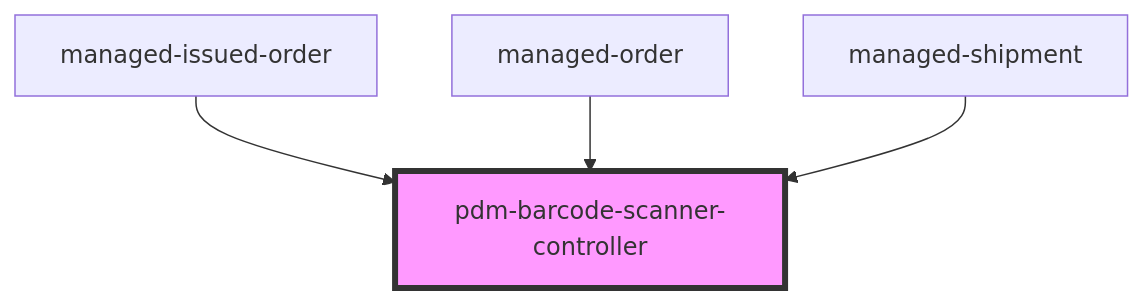
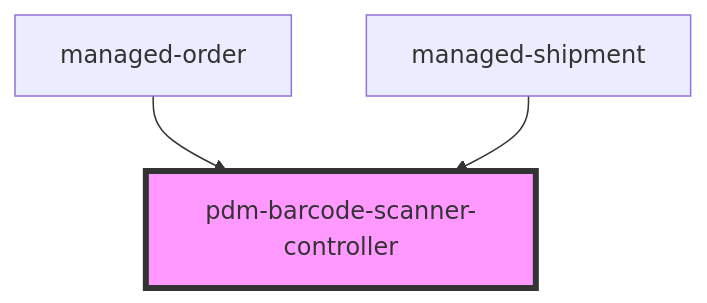
Before and after one commit to PharmaLedger-IMI/fgt-workspace: the diagram in pdm-web-components/src/components/pdm-barcode-scanner-controller/readme.md, drawn with Mermaid. The commit also changed other lines of this file and 23 other files, not shown here.

````diff
--- a/pdm-web-components/src/components/pdm-barcode-scanner-controller/readme.md
+++ b/pdm-web-components/src/components/pdm-barcode-scanner-controller/readme.md
@@ -68,7 +67,6 @@
 ```mermaid
 graph TD;
-  managed-issued-order --> pdm-barcode-scanner-controller
   managed-order --> pdm-barcode-scanner-controller
   managed-shipment --> pdm-barcode-scanner-controller
   style pdm-barcode-scanner-controller fill:#f9f,stroke:#333,stroke-width:4px
 ```
````
